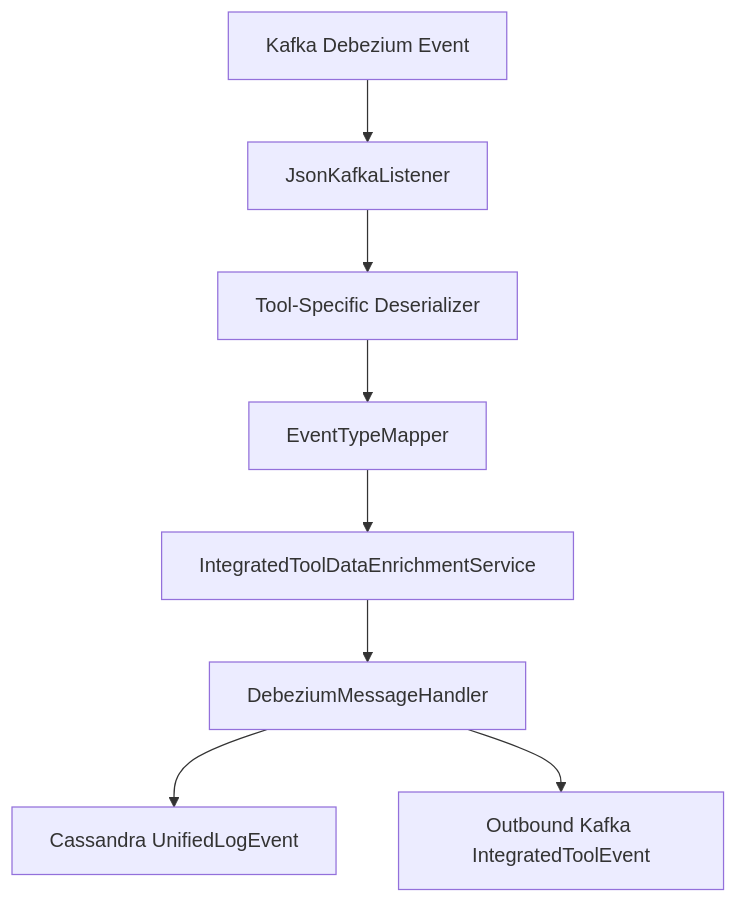
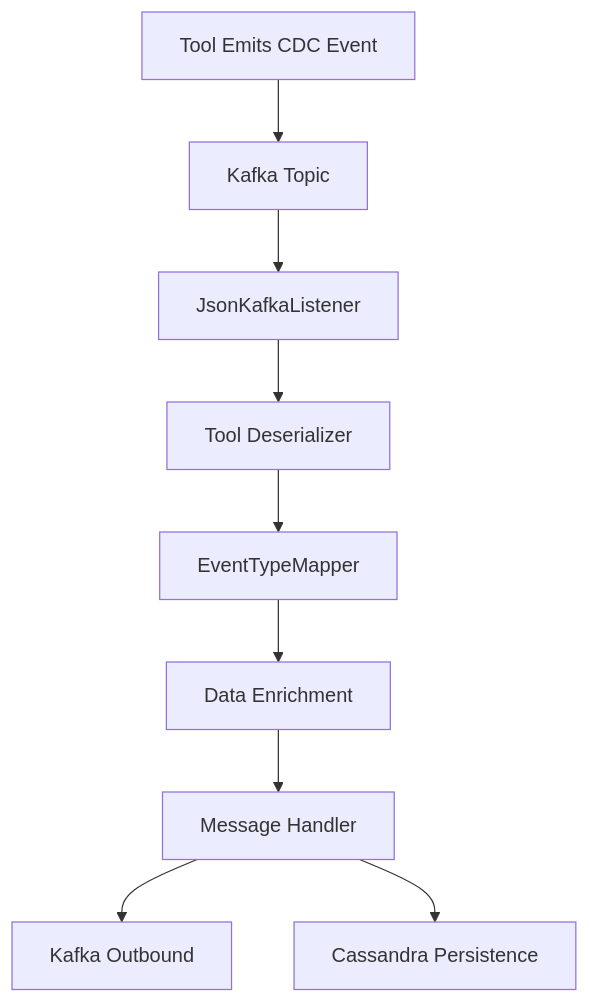
One commit to Praesto-Pro/openframe-oss-tenant changed the sixth of 6 diagrams in docs/architecture/stream-service-core/stream-service-core.md. Above: the diagram before and after it, drawn with Mermaid. The commit also changed other lines of this file and 174 other files, not shown here.

````diff
--- a/docs/architecture/stream-service-core/stream-service-core.md
+++ b/docs/architecture/stream-service-core/stream-service-core.md
@@ -328,10 +355,11 @@
 ```mermaid
 flowchart TD
-    A["Kafka Debezium Event"] --> B["JsonKafkaListener"]
-    B --> C["Tool-Specific Deserializer"]
-    C --> D["EventTypeMapper"]
-    D --> E["IntegratedToolDataEnrichmentService"]
-    E --> F["DebeziumMessageHandler"]
-    F --> G1["Cassandra UnifiedLogEvent"]
-    F --> G2["Outbound Kafka IntegratedToolEvent"]
+    Step1["Tool Emits CDC Event"] --> Step2["Kafka Topic"]
+    Step2 --> Step3["JsonKafkaListener"]
+    Step3 --> Step4["Tool Deserializer"]
+    Step4 --> Step5["EventTypeMapper"]
+    Step5 --> Step6["Data Enrichment"]
+    Step6 --> Step7["Message Handler"]
+    Step7 --> Step8A["Kafka Outbound"]
+    Step7 --> Step8B["Cassandra Persistence"]
 ```
````
